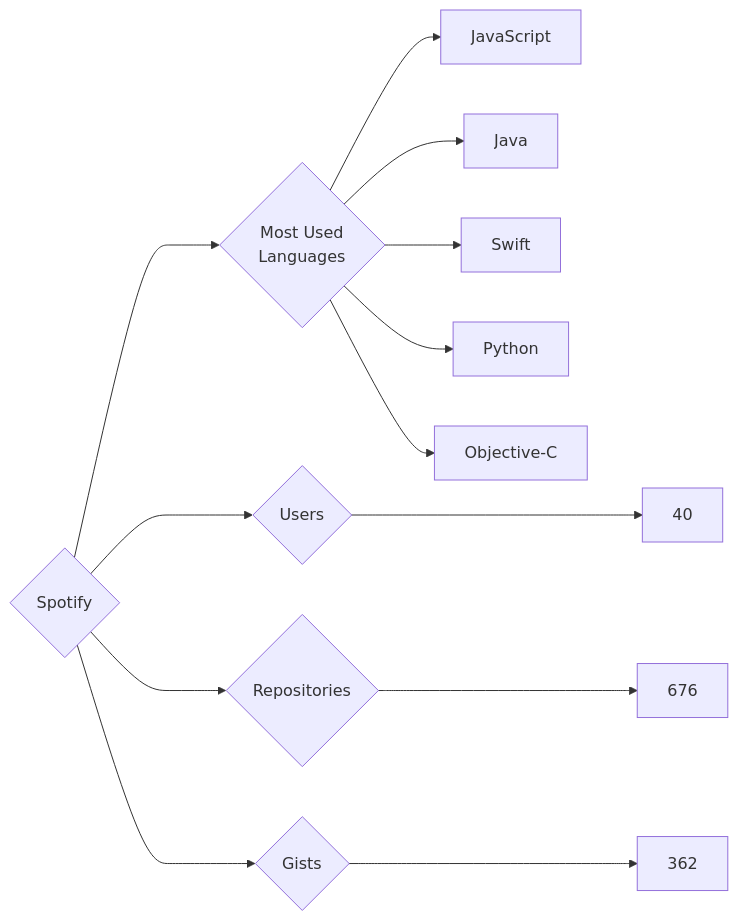
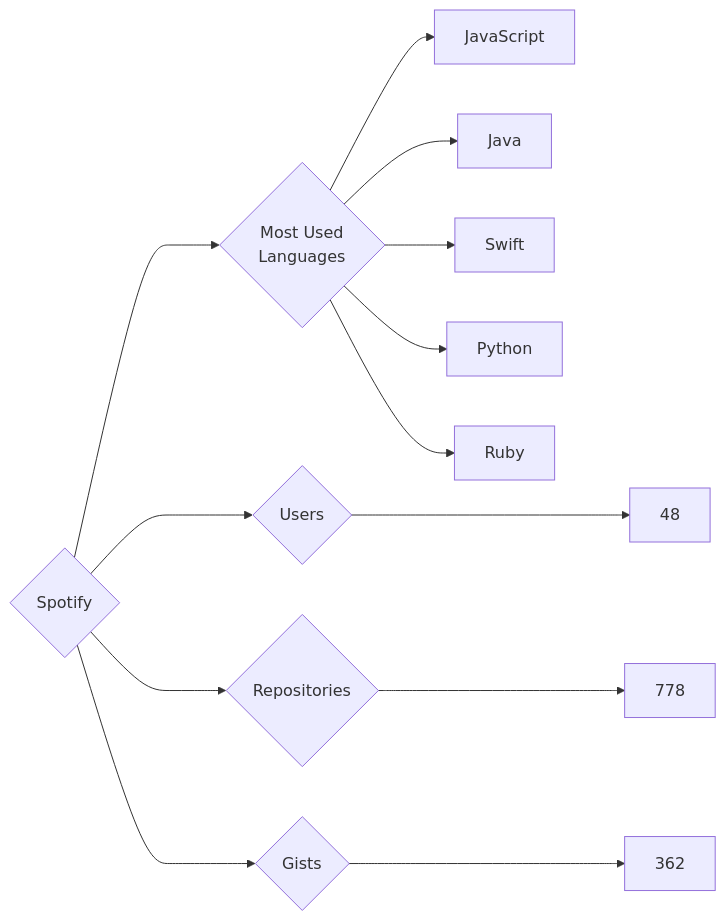
The diagram in targets/Spotify/README.md (trickest/insiders), drawn with Mermaid before and after one commit. The commit also changed 682 other files, not shown here.

````diff
--- a/targets/Spotify/README.md
+++ b/targets/Spotify/README.md
@@ -3,13 +3,13 @@
 ```mermaid
 graph LR
 COMPANY_NAME{Spotify}
-COMPANY_NAME ---> U{Users} ---> UN[40]
-COMPANY_NAME ---> R{Repositories} ---> RN[676]
+COMPANY_NAME ---> U{Users} ---> UN[48]
+COMPANY_NAME ---> R{Repositories} ---> RN[778]
 COMPANY_NAME ---> G{Gists} ---> GN[362]
 COMPANY_NAME ---> ML{Most Used<br>Languages}
 ML --> JavaScript[JavaScript]
 ML --> Java[Java]
 ML --> Swift[Swift]
 ML --> Python[Python]
-ML --> Objective-C[Objective-C]
+ML --> Ruby[Ruby]
 ```
````
